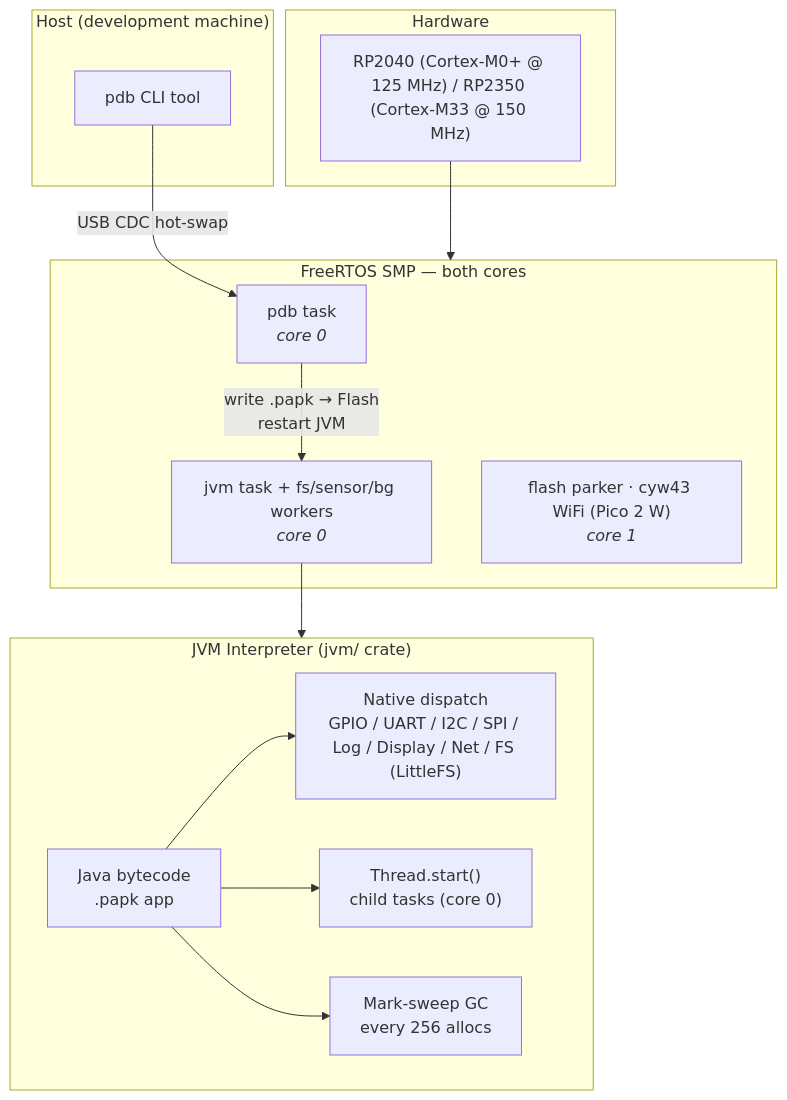
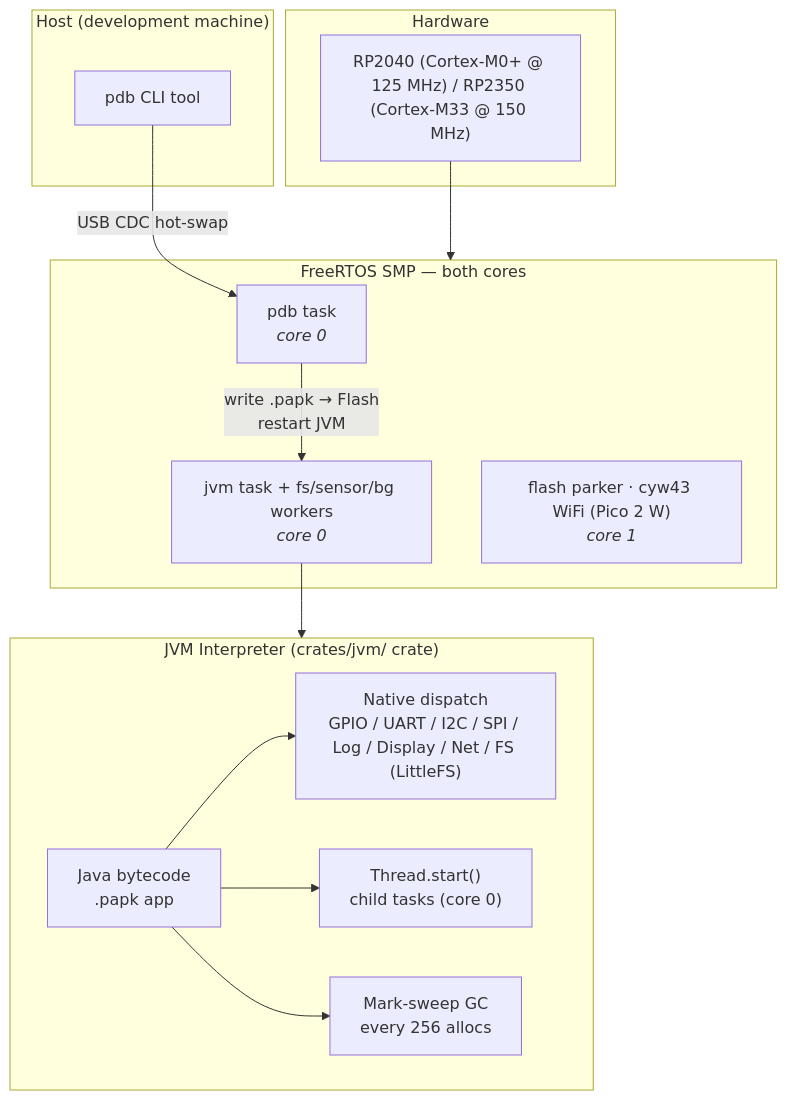
One commit to shivrajora/picodroid-rs changed the diagram in README.md. Above: the diagram before and after it, drawn with Mermaid. The commit also changed other lines of this file and 378 other files, not shown here.

````diff
--- a/README.md
+++ b/README.md
@@ -33,32 +33,32 @@
 ```mermaid
 graph TD
     subgraph Hardware
         HW["RP2040 (Cortex-M0+ @ 125 MHz) / RP2350 (Cortex-M33 @ 150 MHz)"]
     end
 
     subgraph FreeRTOS["FreeRTOS SMP — both cores"]
         PDB["pdb task<br/><i>core 0</i>"]
         JVM_TASK["jvm task + fs/sensor/bg workers<br/><i>core 0</i>"]
         CORE1["flash parker · cyw43 WiFi (Pico 2 W)<br/><i>core 1</i>"]
     end
 
-    subgraph JVM["JVM Interpreter (jvm/ crate)"]
+    subgraph JVM["JVM Interpreter (crates/jvm/ crate)"]
         BC["Java bytecode<br/>.papk app"]
         NATIVE["Native dispatch<br/>GPIO / UART / I2C / SPI / Log / Display / Net / FS (LittleFS)"]
         THREADS["Thread.start()<br/>child tasks (core 0)"]
         GC["Mark-sweep GC<br/>every 256 allocs"]
     end
 
     subgraph Host["Host (development machine)"]
         PDB_CLI["pdb CLI tool"]
     end
 
     HW --> FreeRTOS
     JVM_TASK --> JVM
     BC --> NATIVE
     BC --> THREADS
     BC --> GC
 
     PDB_CLI -- "USB CDC hot-swap" --> PDB
     PDB -- "write .papk → Flash<br/>restart JVM" --> JVM_TASK
 ```
````
